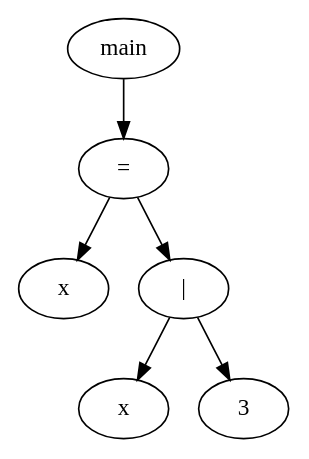
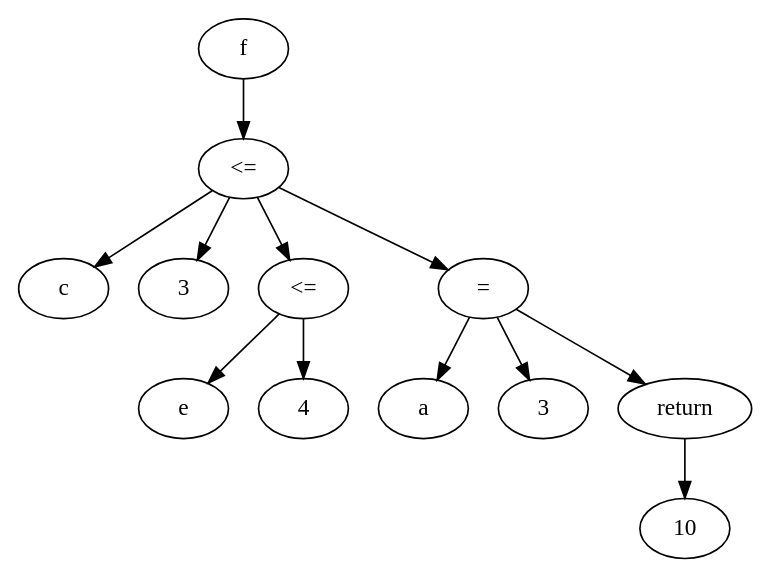
The diagram in etapa3/saida.dot (FelipeSchnitzler/trabalho_compiladores_INF01147), drawn with Graphviz before and after one commit. The commit also changed 10 other files, not shown here.

```diff
--- a/etapa3/saida.dot
+++ b/etapa3/saida.dot
@@ -1,13 +1,25 @@
 digraph grafo {
-  864072592 [ label="main" ];
-  864072592 -> 864073072;
-  864073072 [ label="=" ];
-  864073072 -> 864073136;
-  864073136 [ label="x" ];
-  864073072 -> 864073040;
-  864073040 [ label="|" ];
-  864073040 -> 864072880;
-  864072880 [ label="x" ];
-  864073040 -> 864072976;
-  864072976 [ label="3" ];
+  113980304 [ label="f" ];
+  113980304 -> 113980688;
+  113980688 [ label="<=" ];
+  113980688 -> 113980752;
+  113980752 [ label="c" ];
+  113980688 -> 113980848;
+  113980848 [ label="3" ];
+  113980688 -> 113981072;
+  113981072 [ label="<=" ];
+  113981072 -> 113981136;
+  113981136 [ label="e" ];
+  113981072 -> 113981232;
+  113981232 [ label="4" ];
+  113980688 -> 113981424;
+  113981424 [ label="=" ];
+  113981424 -> 113981456;
+  113981456 [ label="a" ];
+  113981424 -> 113981360;
+  113981360 [ label="3" ];
+  113981424 -> 113981616;
+  113981616 [ label="return" ];
+  113981616 -> 113981552;
+  113981552 [ label="10" ];
 }
```
